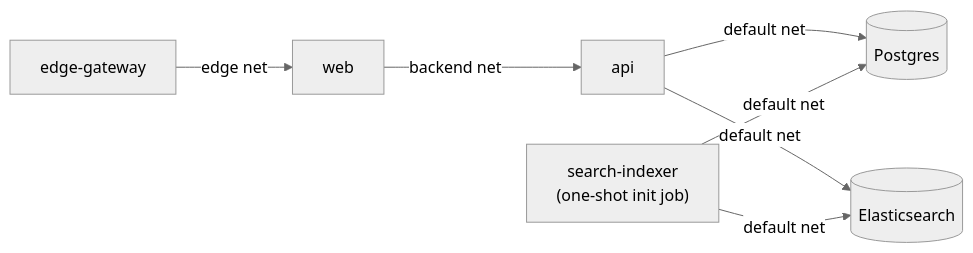
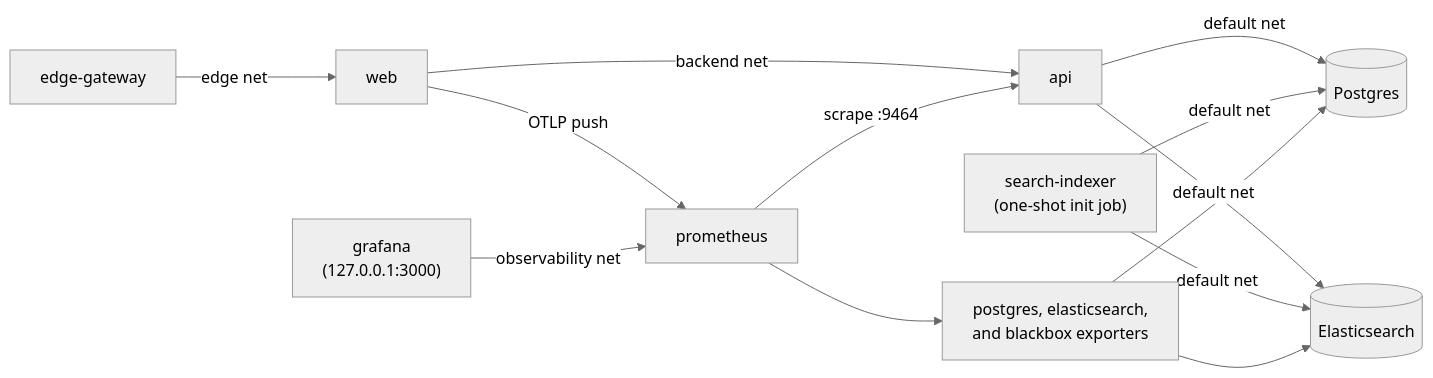
The third of 4 diagrams in docs/topology.md (raaqimorg/qafiyah), drawn with Mermaid (neutral theme) before and after one commit. The commit also changed other lines of this file and 14 other files, not shown here.

````diff
--- a/docs/topology.md
+++ b/docs/topology.md
@@ -47,9 +47,15 @@
 ```mermaid
 flowchart LR
     edge["edge-gateway"] -->|"edge net"| web["web"]
     web -->|"backend net"| api["api"]
     api -->|"default net"| db[("Postgres")]
     api -->|"default net"| es[("Elasticsearch")]
     indexer["search-indexer<br/>(one-shot init job)"] -->|"default net"| db
     indexer -->|"default net"| es
+    prometheus["prometheus"] -->|"scrape :9464"| api
+    web -->|"OTLP push"| prometheus
+    prometheus --> exporters["postgres, elasticsearch,<br/>and blackbox exporters"]
+    exporters --> db
+    exporters --> es
+    grafana["grafana<br/>(127.0.0.1:3000)"] -->|"observability net"| prometheus
 ```
````
